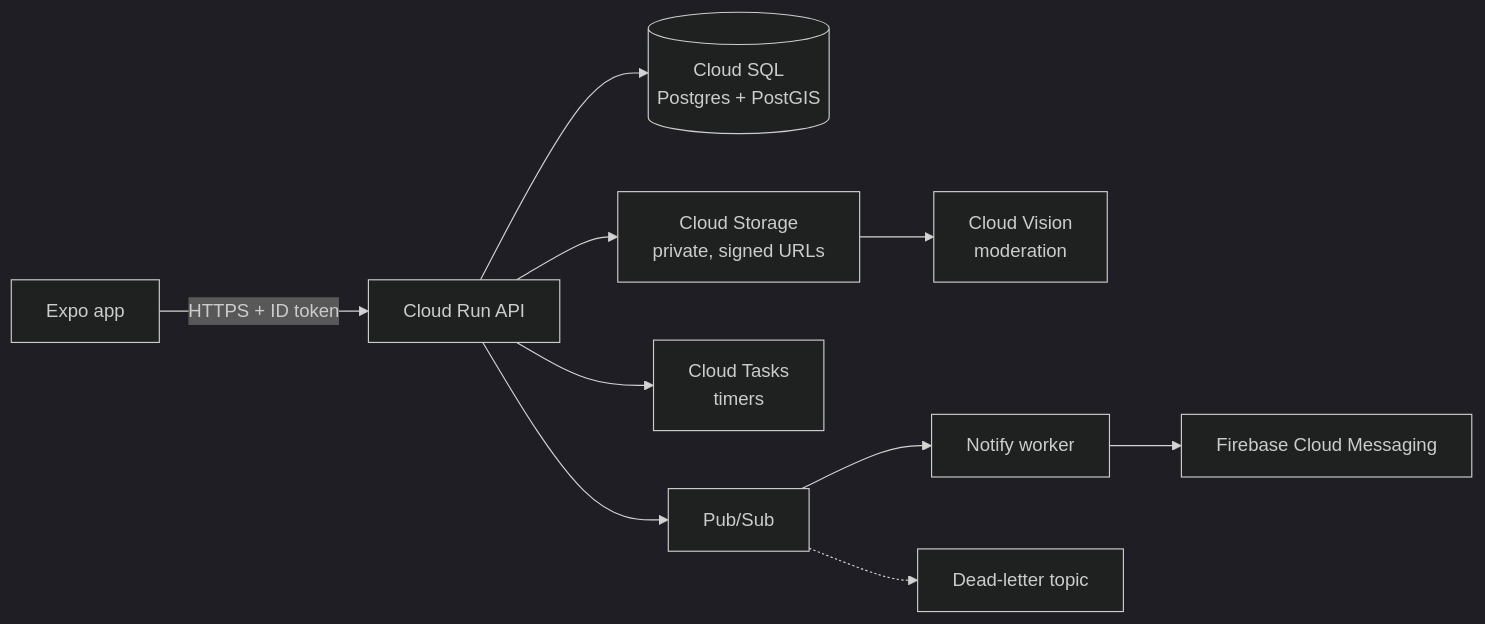
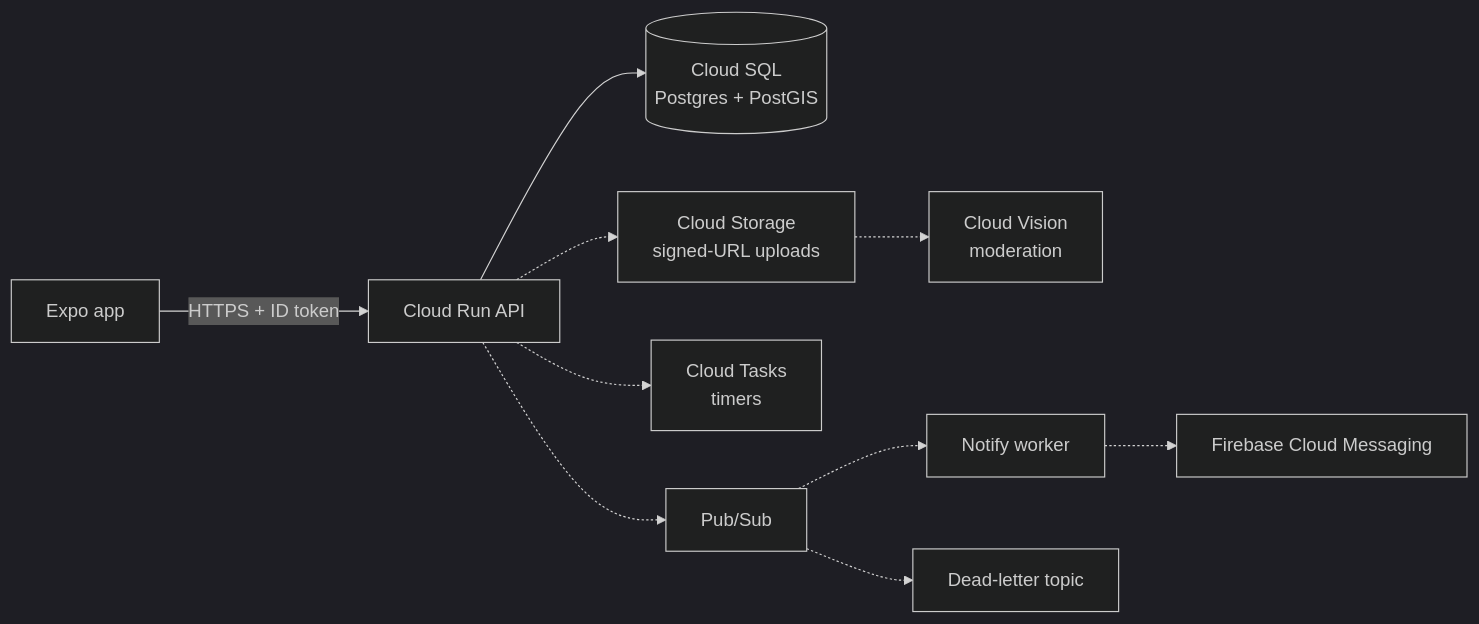
Before and after one commit to Habadnan/Habadnan: the diagram in README.md, drawn with Mermaid (dark theme). The commit also changed other lines of this file, not shown here.

````diff
--- a/README.md
+++ b/README.md
@@ -17,11 +19,11 @@
 ```mermaid
 flowchart LR
     App["Expo app"] -->|"HTTPS + ID token"| API["Cloud Run API"]
     API --> SQL[("Cloud SQL<br/>Postgres + PostGIS")]
-    API --> GCS["Cloud Storage<br/>private, signed URLs"]
-    GCS --> Vision["Cloud Vision<br/>moderation"]
-    API --> Tasks["Cloud Tasks<br/>timers"]
-    API --> PS["Pub/Sub"]
-    PS --> Worker["Notify worker"] --> FCM["Firebase Cloud Messaging"]
+    API -.-> GCS["Cloud Storage<br/>signed-URL uploads"]
+    GCS -.-> Vision["Cloud Vision<br/>moderation"]
+    API -.-> Tasks["Cloud Tasks<br/>timers"]
+    API -.-> PS["Pub/Sub"]
+    PS -.-> Worker["Notify worker"] -.-> FCM["Firebase Cloud Messaging"]
     PS -.-> DLQ["Dead-letter topic"]
 ```
````
